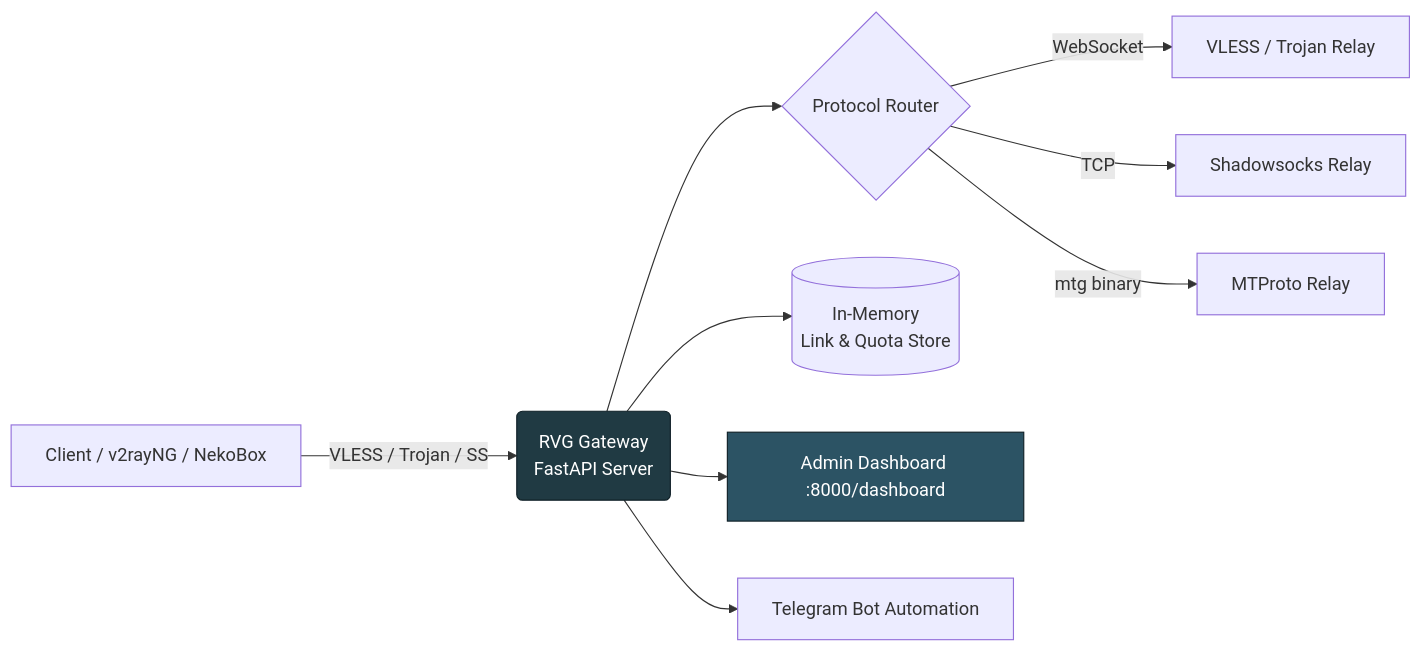
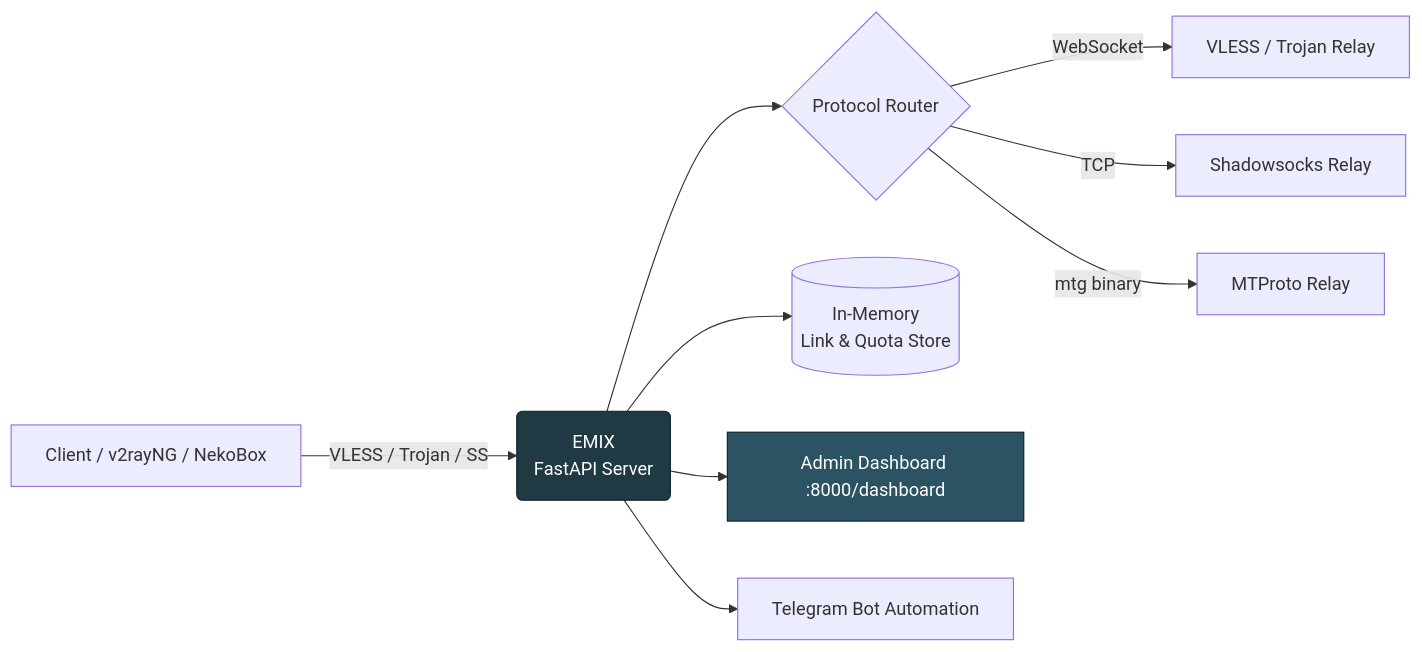
Before and after one commit to EMIXPI/EMIX: the first of 2 diagrams in README.md, drawn with Mermaid. The commit also changed other lines of this file and 9 other files, not shown here.

````diff
--- a/README.md
+++ b/README.md
@@ -125,13 +125,13 @@
 ```mermaid
 flowchart LR
-    A[Client / v2rayNG / NekoBox] -->|VLESS / Trojan / SS| B(RVG Gateway<br/>FastAPI Server)
+    A[Client / v2rayNG / NekoBox] -->|VLESS / Trojan / SS| B(EMIX<br/>FastAPI Server)
     B --> C{Protocol Router}
     C -->|WebSocket| D[VLESS / Trojan Relay]
     C -->|TCP| E[Shadowsocks Relay]
     C -->|mtg binary| F[MTProto Relay]
     B --> G[(In-Memory<br/>Link & Quota Store)]
     B --> H[Admin Dashboard :8000/dashboard]
     B --> I[Telegram Bot Automation]
     style B fill:#203a43,stroke:#0f2027,color:#fff
     style H fill:#2c5364,stroke:#0f2027,color:#fff
 ```
````
